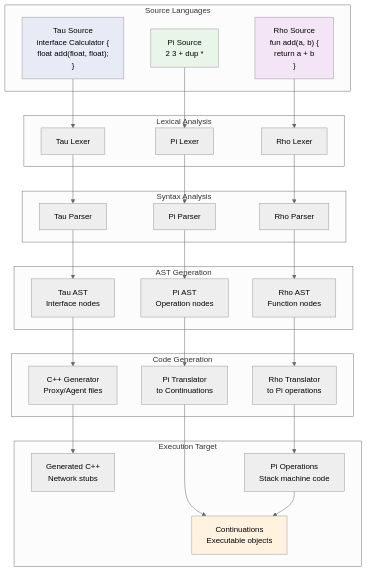
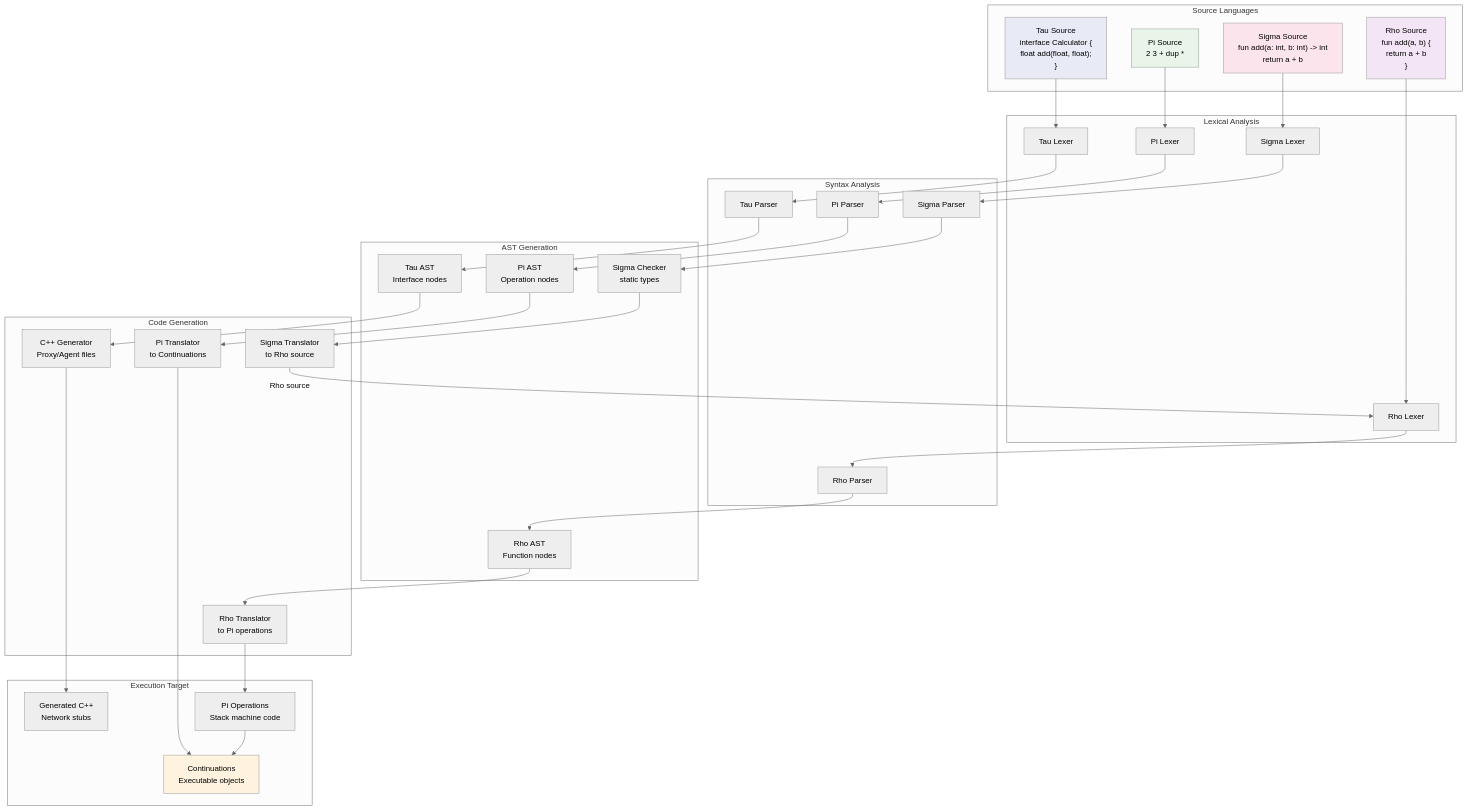
The first of 5 diagrams in resources/diagrams/language-system-architecture.md (cschladetsch/CppKAI), drawn with Mermaid (neutral theme) before and after one commit. The commit also changed other lines of this file and 23 other files, not shown here.

````diff
--- a/resources/diagrams/language-system-architecture.md
+++ b/resources/diagrams/language-system-architecture.md
@@ -5,49 +5,56 @@
 ```mermaid
 graph TD
     subgraph "Source Languages"
         TAU_SRC["Tau Source<br/>interface Calculator {<br/>  float add(float, float);<br/>}"]
+        SIG_SRC["Sigma Source<br/>fun add(a: int, b: int) -> int<br/>    return a + b"]
         RHO_SRC["Rho Source<br/>fun add(a, b) {<br/>  return a + b<br/>}"]
         PI_SRC["Pi Source<br/>2 3 + dup *"]
     end
     
     subgraph "Lexical Analysis"
         TAU_LEX[Tau Lexer]
+        SIG_LEX[Sigma Lexer]
         RHO_LEX[Rho Lexer]  
         PI_LEX[Pi Lexer]
     end
     
     subgraph "Syntax Analysis"
         TAU_PAR[Tau Parser]
+        SIG_PAR[Sigma Parser]
         RHO_PAR[Rho Parser]
         PI_PAR[Pi Parser]
     end
     
     subgraph "AST Generation"
         TAU_AST[Tau AST<br/>Interface nodes]
+        SIG_CHK[Sigma Checker<br/>static types]
         RHO_AST[Rho AST<br/>Function nodes]
         PI_AST[Pi AST<br/>Operation nodes]
     end
     
     subgraph "Code Generation"
         TAU_GEN[C++ Generator<br/>Proxy/Agent files]
+        SIG_TRANS[Sigma Translator<br/>to Rho source]
         RHO_TRANS[Rho Translator<br/>to Pi operations]
         PI_TRANS[Pi Translator<br/>to Continuations]
     end
     
     subgraph "Execution Target"
         CPP_CODE[Generated C++<br/>Network stubs]
         PI_OPS[Pi Operations<br/>Stack machine code]
         CONTINUATIONS[Continuations<br/>Executable objects]
     end
     
     TAU_SRC --> TAU_LEX --> TAU_PAR --> TAU_AST --> TAU_GEN --> CPP_CODE
+    SIG_SRC --> SIG_LEX --> SIG_PAR --> SIG_CHK --> SIG_TRANS -->|Rho source| RHO_LEX
     RHO_SRC --> RHO_LEX --> RHO_PAR --> RHO_AST --> RHO_TRANS --> PI_OPS
     PI_SRC --> PI_LEX --> PI_PAR --> PI_AST --> PI_TRANS --> CONTINUATIONS
     
     PI_OPS --> CONTINUATIONS
     
     style TAU_SRC fill:#e8eaf6
+    style SIG_SRC fill:#fce4ec
     style RHO_SRC fill:#f3e5f5
     style PI_SRC fill:#e8f5e8
     style CONTINUATIONS fill:#fff3e0
 ```
````
